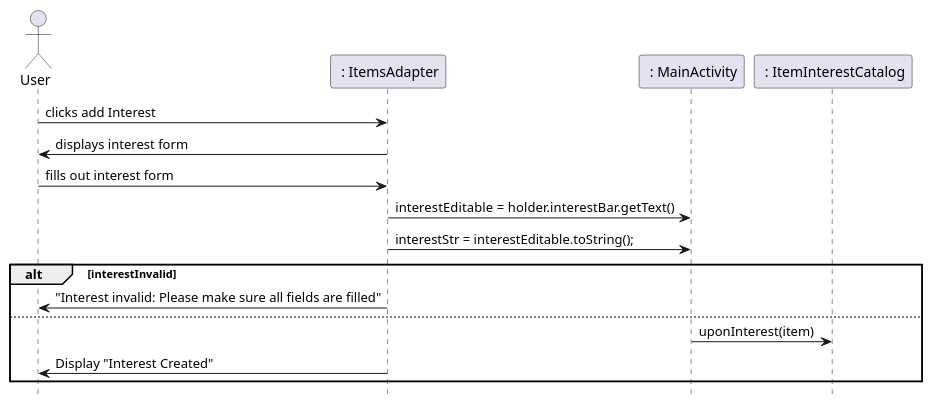
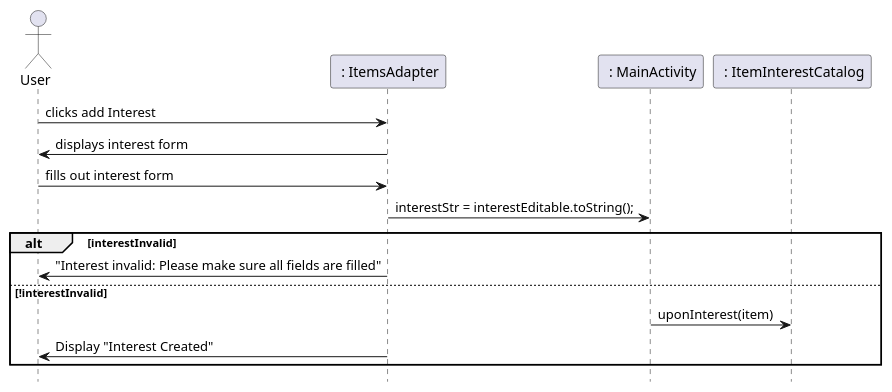
Before and after one commit to remyben-creator/Marketplace-Application: the third of 5 diagrams in IntelliJ/Doc/design.md, drawn with PlantUML. The commit also changed other lines of this file, not shown here.

Commit message:
Existing Sequence Diagrams Finalized

````diff
--- a/IntelliJ/Doc/design.md
+++ b/IntelliJ/Doc/design.md
@@ -78,21 +77,19 @@
 ```plantuml
 hide footbox
 actor User as user
 participant " : ItemsAdapter" as ui
 participant " : MainActivity" as controller
 participant " : ItemInterestCatalog" as iteminterestcatalog
 
 user -> ui : clicks add Interest
 ui -> user : displays interest form
 user -> ui : fills out interest form 
-ui -> controller : interestEditable = holder.interestBar.getText()
 ui -> controller : interestStr = interestEditable.toString();  
-
 alt interestInvalid 
  ui -> user : "Interest invalid: Please make sure all fields are filled"
-else
+else !interestInvalid
  controller -> iteminterestcatalog : uponInterest(item)
  ui -> user : Display "Interest Created"
 end
 
 ```
````
